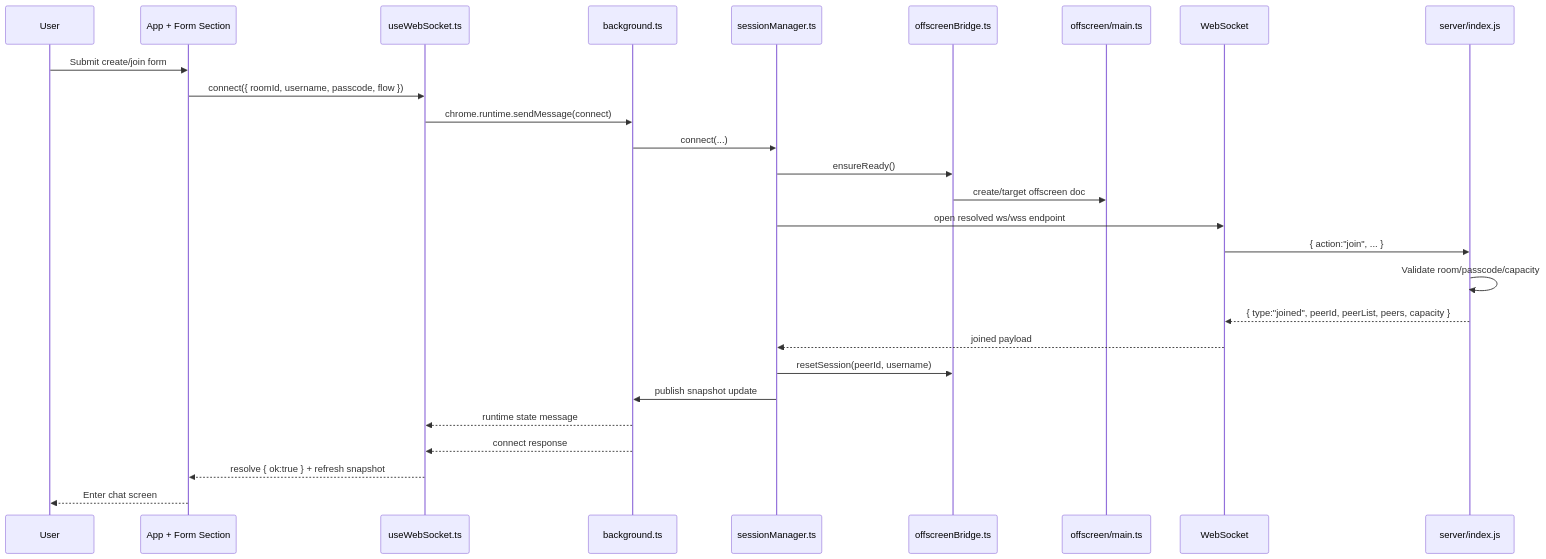
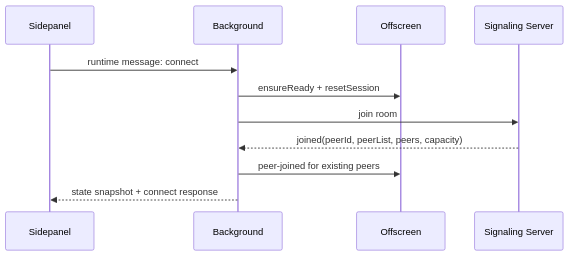
Before and after one commit to crccc/webrtc-chat: the second of 4 diagrams in docs/architecture.md, drawn with Mermaid. The commit also changed other lines of this file and 39 other files, not shown here.

````diff
--- a/docs/architecture.md
+++ b/docs/architecture.md
@@ -188,30 +114,14 @@
 ```mermaid
 sequenceDiagram
-  participant U as User
-  participant UI as App + Form Section
-  participant Hook as useWebSocket.ts
-  participant BG as background.ts
-  participant Session as sessionManager.ts
-  participant Bridge as offscreenBridge.ts
-  participant Offscreen as offscreen/main.ts
-  participant WS as WebSocket
-  participant S as server/index.js
+  participant UI as Sidepanel
+  participant BG as Background
+  participant OD as Offscreen
+  participant WS as Signaling Server
 
-  U->>UI: Submit create/join form
-  UI->>Hook: connect({ roomId, username, passcode, flow })
-  Hook->>BG: chrome.runtime.sendMessage(connect)
-  BG->>Session: connect(...)
-  Session->>Bridge: ensureReady()
-  Bridge->>Offscreen: create/target offscreen doc
-  Session->>WS: open resolved ws/wss endpoint
-  WS->>S: { action:"join", ... }
-  S->>S: Validate room/passcode/capacity
-  S-->>WS: { type:"joined", peerId, peerList, peers, capacity }
-  WS-->>Session: joined payload
-  Session->>Bridge: resetSession(peerId, username)
-  Session->>BG: publish snapshot update
-  BG-->>Hook: runtime state message
-  BG-->>Hook: connect response
-  Hook-->>UI: resolve { ok:true } + refresh snapshot
-  UI-->>U: Enter chat screen
+  UI->>BG: runtime message: connect
+  BG->>OD: ensureReady + resetSession
+  BG->>WS: join room
+  WS-->>BG: joined(peerId, peerList, peers, capacity)
+  BG->>OD: peer-joined for existing peers
+  BG-->>UI: state snapshot + connect response
 ```
````
